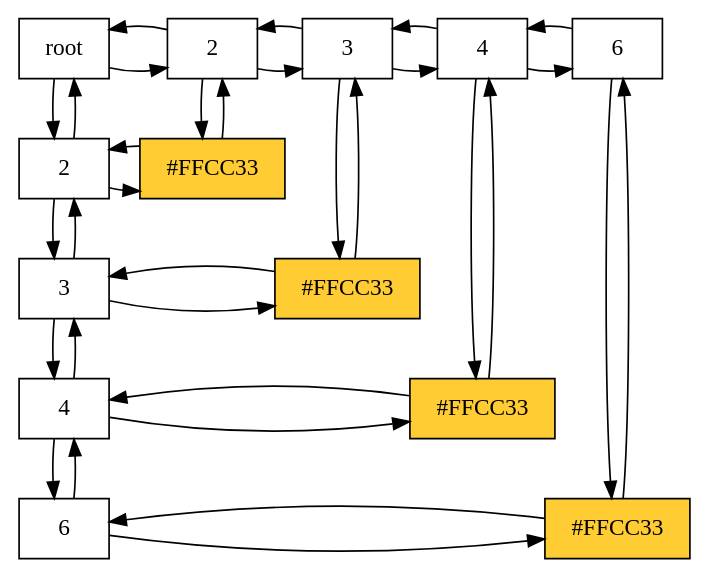
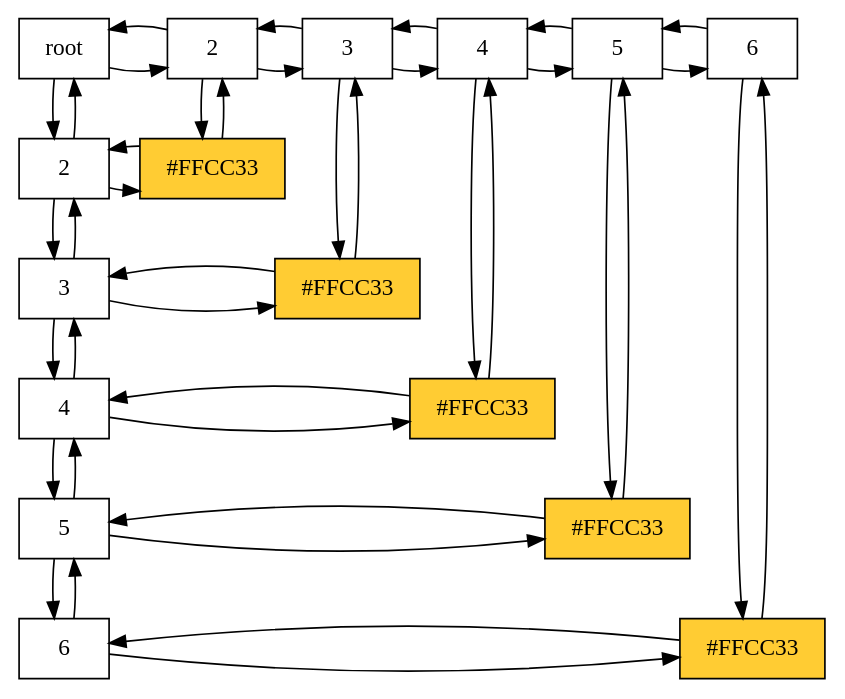
The diagram in Fase2_EDD/matrix.dot (FranklinONP/EDD_PROYECTO_202200089), drawn with Graphviz before and after one commit. The commit also changed 27 other files, not shown here.

```diff
--- a/Fase2_EDD/matrix.dot
+++ b/Fase2_EDD/matrix.dot
@@ -1,53 +1,65 @@
  digraph Matrix {
  node[shape = "box"]
  "Nodo0_0"[label = "root", group="0"]                                                                                                                  
  "Nodo0_0"->"Nodo3_0"
  "Nodo0_0"->"Nodo3_0"[dir = back]
  "Nodo0_0"->"Nodo0_3"
  "Nodo0_0"->"Nodo0_3"[dir = back]
  "Nodo3_0"[label = "2", group="3"]                                                                                                                     
  "Nodo3_0"->"Nodo4_0"
  "Nodo3_0"->"Nodo4_0"[dir = back]
  "Nodo3_0"->"Nodo3_3"
  "Nodo3_0"->"Nodo3_3"[dir = back]
  "Nodo4_0"[label = "3", group="4"]                                                                                                                     
  "Nodo4_0"->"Nodo5_0"
  "Nodo4_0"->"Nodo5_0"[dir = back]
  "Nodo4_0"->"Nodo4_4"
  "Nodo4_0"->"Nodo4_4"[dir = back]
  "Nodo5_0"[label = "4", group="5"]                                                                                                                     
- "Nodo5_0"->"Nodo7_0"
- "Nodo5_0"->"Nodo7_0"[dir = back]
+ "Nodo5_0"->"Nodo6_0"
+ "Nodo5_0"->"Nodo6_0"[dir = back]
  "Nodo5_0"->"Nodo5_5"
  "Nodo5_0"->"Nodo5_5"[dir = back]
+ "Nodo6_0"[label = "5", group="6"]                                                                                                                     
+ "Nodo6_0"->"Nodo7_0"
+ "Nodo6_0"->"Nodo7_0"[dir = back]
+ "Nodo6_0"->"Nodo6_6"
+ "Nodo6_0"->"Nodo6_6"[dir = back]
  "Nodo7_0"[label = "6", group="7"]                                                                                                                     
  "Nodo7_0"->"Nodo7_7"
  "Nodo7_0"->"Nodo7_7"[dir = back]
- {rank=same;"Nodo0_0";"Nodo3_0";"Nodo4_0";"Nodo5_0";"Nodo7_0"}
+ {rank=same;"Nodo0_0";"Nodo3_0";"Nodo4_0";"Nodo5_0";"Nodo6_0";"Nodo7_0"}
  "Nodo0_3"[label = "2", group="0"]                                                                                                                     
  "Nodo0_3"->"Nodo3_3"
  "Nodo0_3"->"Nodo3_3"[dir = back]
  "Nodo0_3"->"Nodo0_4"
  "Nodo0_3"->"Nodo0_4"[dir = back]
  "Nodo3_3"[label = "#FFCC33", style = filled, fillcolor= "#FFCC33" group="3"]                                                                          
  {rank=same;"Nodo0_3";"Nodo3_3"}
  "Nodo0_4"[label = "3", group="0"]                                                                                                                     
  "Nodo0_4"->"Nodo4_4"
  "Nodo0_4"->"Nodo4_4"[dir = back]
  "Nodo0_4"->"Nodo0_5"
  "Nodo0_4"->"Nodo0_5"[dir = back]
  "Nodo4_4"[label = "#FFCC33", style = filled, fillcolor= "#FFCC33" group="4"]                                                                          
  {rank=same;"Nodo0_4";"Nodo4_4"}
  "Nodo0_5"[label = "4", group="0"]                                                                                                                     
  "Nodo0_5"->"Nodo5_5"
  "Nodo0_5"->"Nodo5_5"[dir = back]
- "Nodo0_5"->"Nodo0_7"
- "Nodo0_5"->"Nodo0_7"[dir = back]
+ "Nodo0_5"->"Nodo0_6"
+ "Nodo0_5"->"Nodo0_6"[dir = back]
  "Nodo5_5"[label = "#FFCC33", style = filled, fillcolor= "#FFCC33" group="5"]                                                                          
  {rank=same;"Nodo0_5";"Nodo5_5"}
+ "Nodo0_6"[label = "5", group="0"]                                                                                                                     
+ "Nodo0_6"->"Nodo6_6"
+ "Nodo0_6"->"Nodo6_6"[dir = back]
+ "Nodo0_6"->"Nodo0_7"
+ "Nodo0_6"->"Nodo0_7"[dir = back]
+ "Nodo6_6"[label = "#FFCC33", style = filled, fillcolor= "#FFCC33" group="6"]                                                                          
+ {rank=same;"Nodo0_6";"Nodo6_6"}
  "Nodo0_7"[label = "6", group="0"]                                                                                                                     
  "Nodo0_7"->"Nodo7_7"
  "Nodo0_7"->"Nodo7_7"[dir = back]
  "Nodo7_7"[label = "#FFCC33", style = filled, fillcolor= "#FFCC33" group="7"]                                                                          
  {rank=same;"Nodo0_7";"Nodo7_7"}
  }
```
